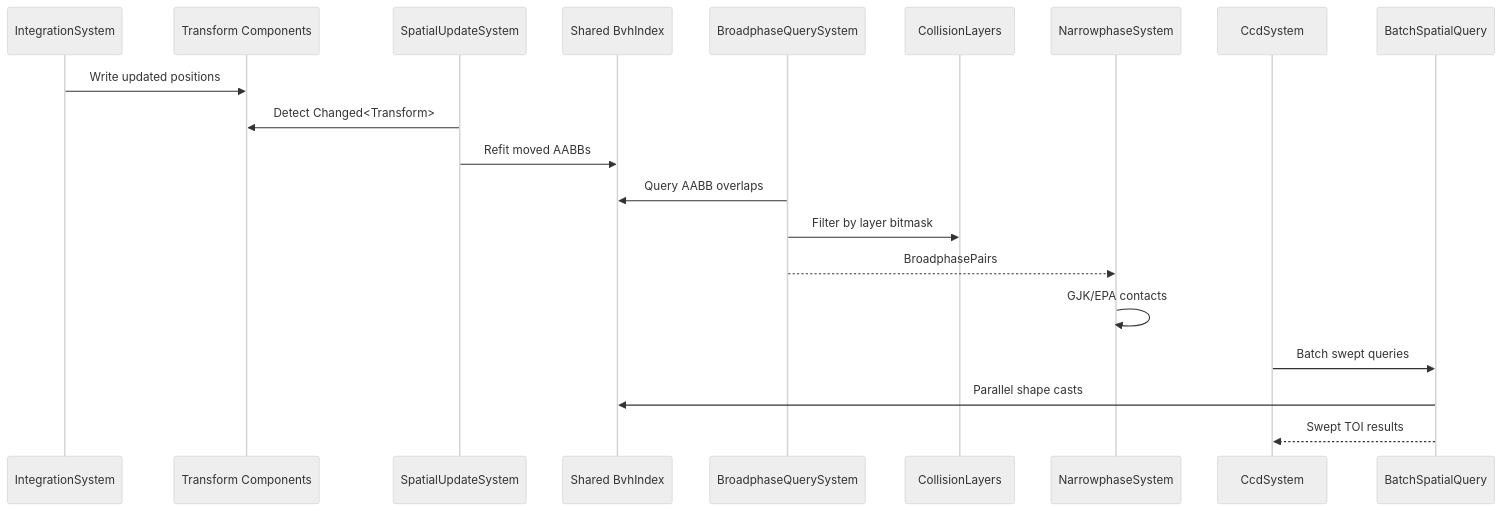
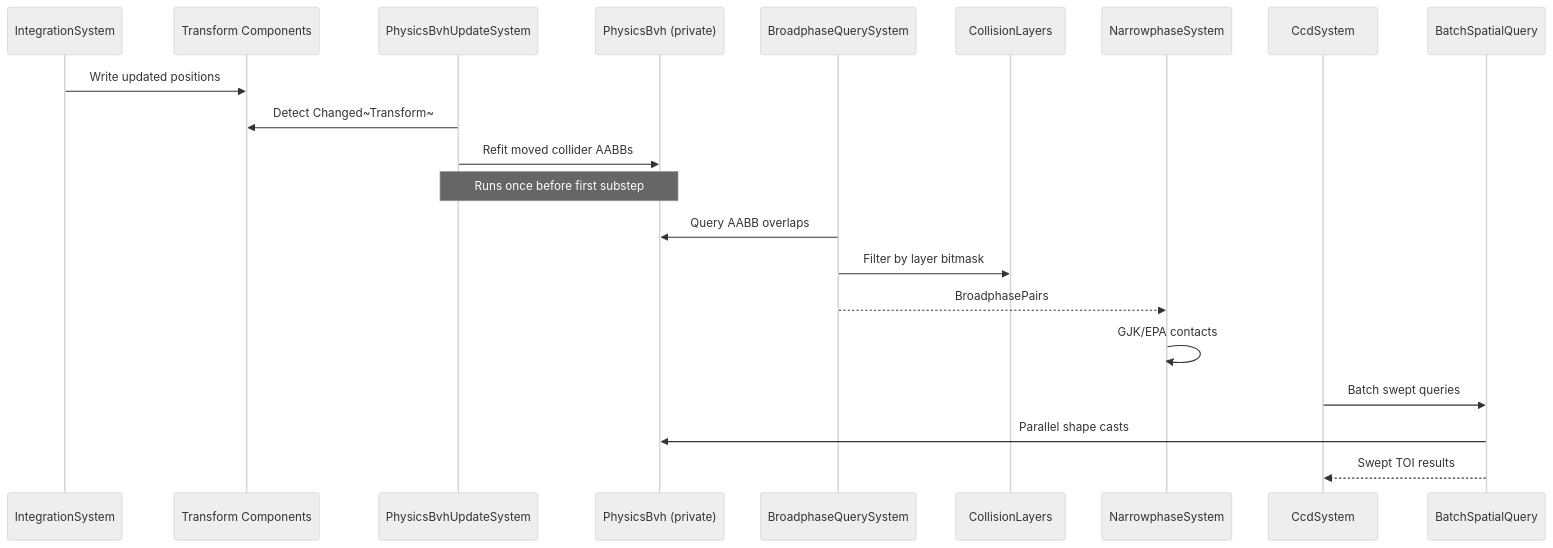
Before and after one commit to harmonius-dev/harmonius: the second of 2 diagrams in docs/design/integration/physics-spatial-index.md, drawn with Mermaid (neutral theme). The commit also changed other lines of this file and 109 other files, not shown here.

````diff
--- a/docs/design/integration/physics-spatial-index.md
+++ b/docs/design/integration/physics-spatial-index.md
@@ -79,23 +226,24 @@
 ```mermaid
 sequenceDiagram
     participant INT as IntegrationSystem
     participant TR as Transform Components
-    participant SU as SpatialUpdateSystem
-    participant BVH as Shared BvhIndex
+    participant PU as PhysicsBvhUpdateSystem
+    participant PBVH as PhysicsBvh (private)
     participant BP as BroadphaseQuerySystem
     participant CL as CollisionLayers
     participant NP as NarrowphaseSystem
     participant CCD as CcdSystem
     participant BSQ as BatchSpatialQuery
 
     INT->>TR: Write updated positions
-    SU->>TR: Detect Changed<Transform>
-    SU->>BVH: Refit moved AABBs
-    BP->>BVH: Query AABB overlaps
+    PU->>TR: Detect Changed~Transform~
+    PU->>PBVH: Refit moved collider AABBs
+    Note over PU,PBVH: Runs once before first substep
+    BP->>PBVH: Query AABB overlaps
     BP->>CL: Filter by layer bitmask
     BP-->>NP: BroadphasePairs
     NP->>NP: GJK/EPA contacts
     CCD->>BSQ: Batch swept queries
-    BSQ->>BVH: Parallel shape casts
+    BSQ->>PBVH: Parallel shape casts
     BSQ-->>CCD: Swept TOI results
 ```
````
